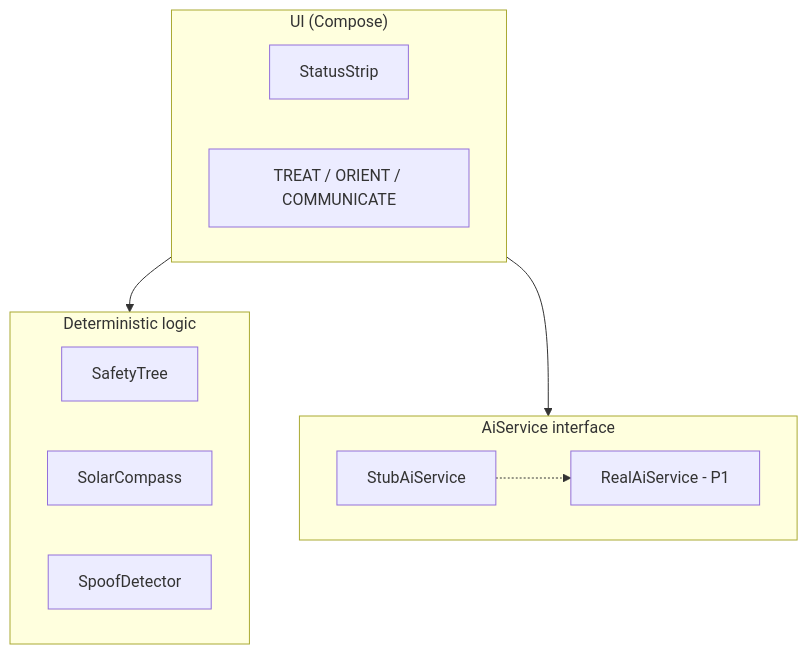
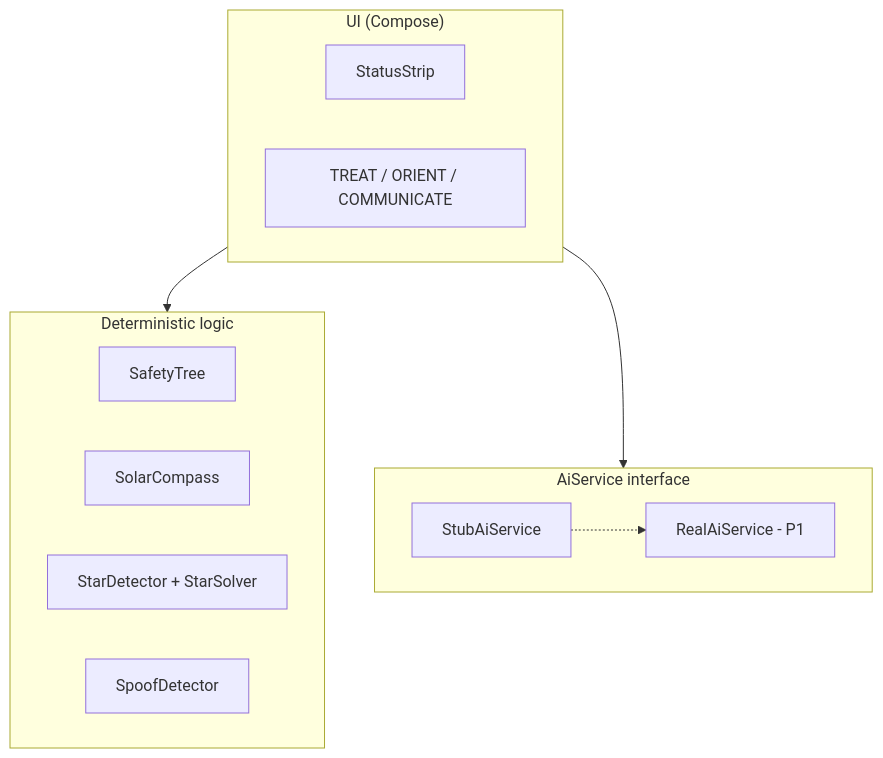
The diagram in README.md (arpan-s-dev/QCOM), drawn with Mermaid before and after one commit. The commit also changed other lines of this file and 4 other files, not shown here.

````diff
--- a/README.md
+++ b/README.md
@@ -65,19 +65,20 @@
 ```mermaid
 flowchart TD
     subgraph UI["UI (Compose)"]
         SS[StatusStrip]
         SW[TREAT / ORIENT / COMMUNICATE]
     end
     subgraph CORE["Deterministic logic"]
         ST[SafetyTree]
         SC[SolarCompass]
+        SN[StarDetector + StarSolver]
         SD[SpoofDetector]
     end
     subgraph AI["AiService interface"]
         STUB[StubAiService]
         REAL[RealAiService - P1]
     end
     UI --> CORE
     UI --> AI
     STUB -.-> REAL
 ```
````
